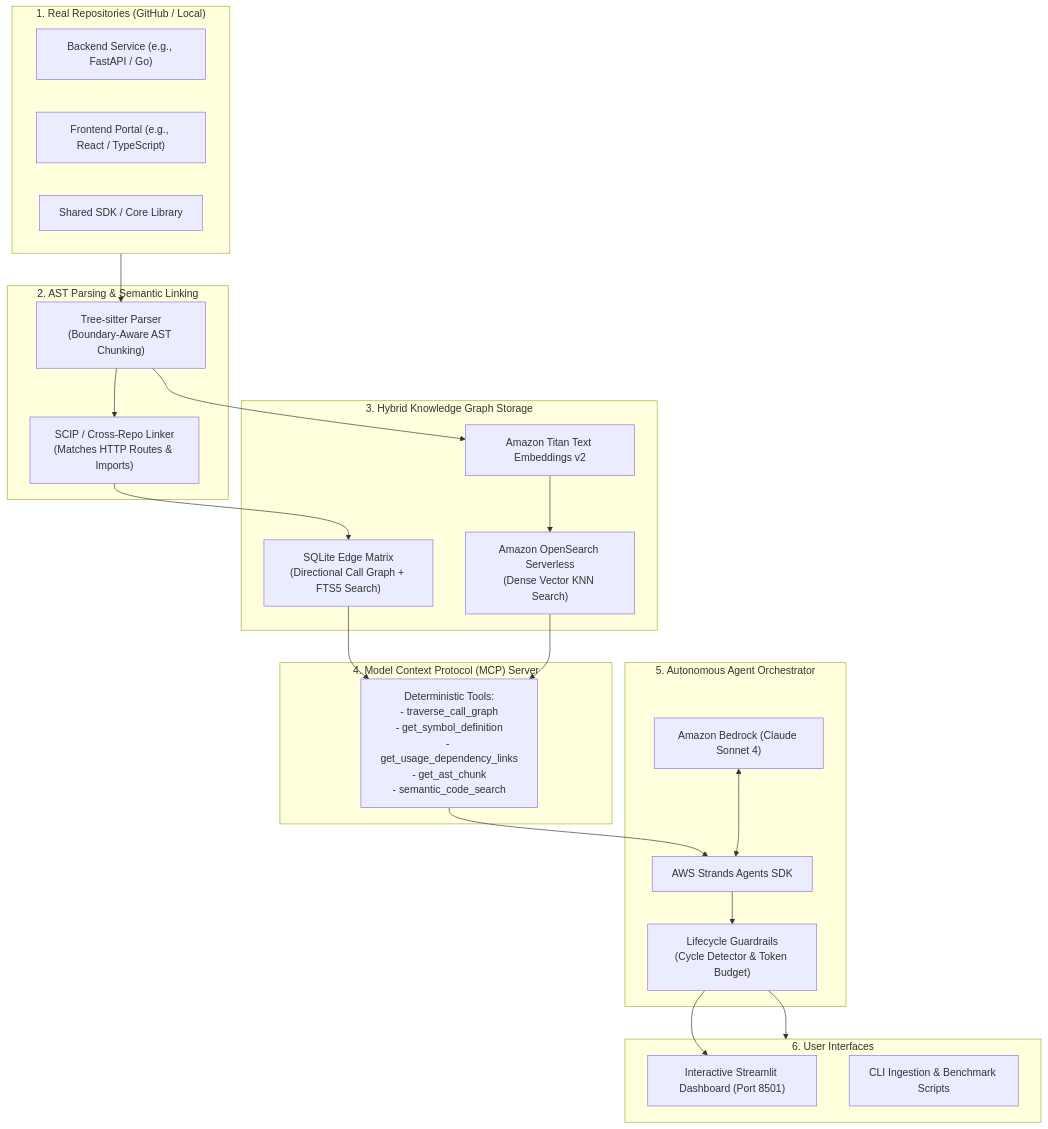
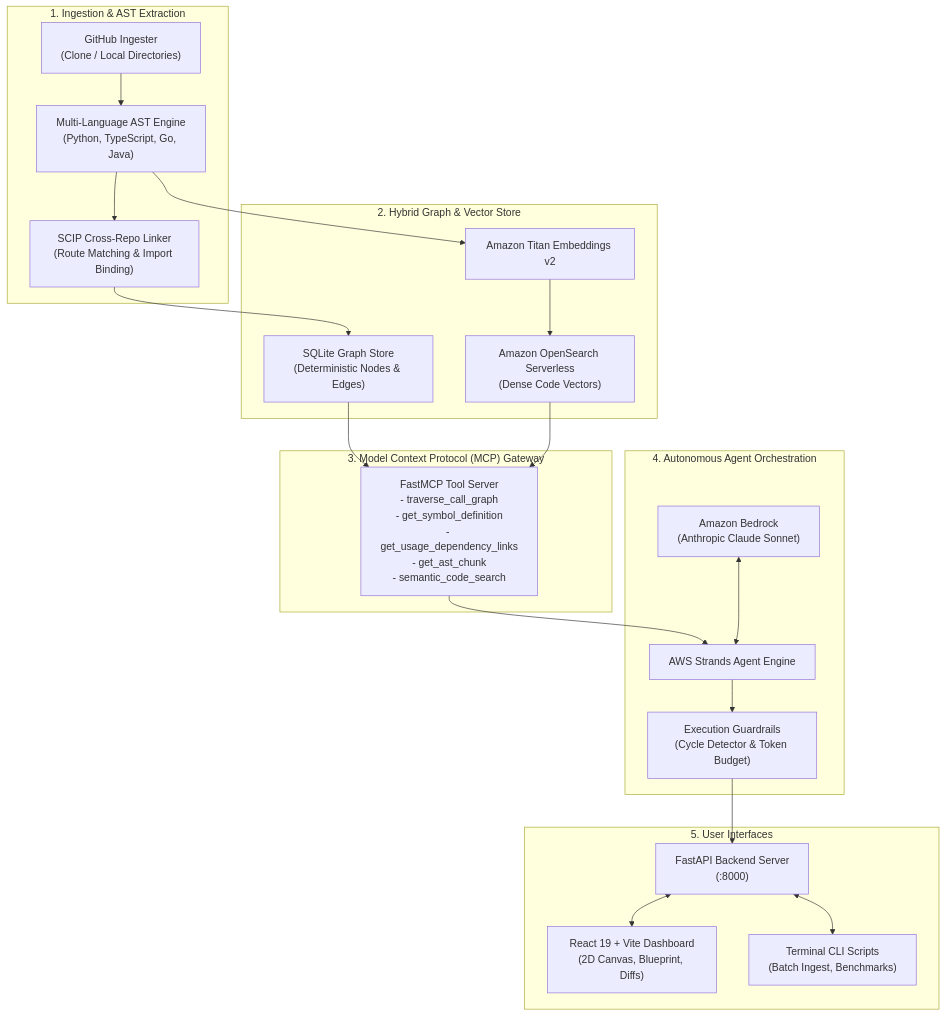
The diagram in README.md (CrossContext/CrossContext), drawn with Mermaid before and after one commit. The commit also changed other lines of this file, not shown here.

Commit message:
docs: overhaul README with architecture diagrams, feature matrix, and technical specifications

````diff
--- a/README.md
+++ b/README.md
@@ -170,42 +85,40 @@
 ```mermaid
 flowchart TB
-    subgraph Repos["1. Real Repositories (GitHub / Local)"]
-        RepoA["Backend Service (e.g., FastAPI / Go)"]
-        RepoB["Frontend Portal (e.g., React / TypeScript)"]
-        RepoC["Shared SDK / Core Library"]
+    subgraph IngestionLayer["1. Ingestion & AST Extraction"]
+        GH["GitHub Ingester\n(Clone / Local Directories)"]
+        Parser["Multi-Language AST Engine\n(Python, TypeScript, Go, Java)"]
+        SCIP["SCIP Cross-Repo Linker\n(Route Matching & Import Binding)"]
+        GH --> Parser --> SCIP
     end
 
-    subgraph ParsingEngine["2. AST Parsing & Semantic Linking"]
-        TS["Tree-sitter Parser\n(Boundary-Aware AST Chunking)"]
-        Linker["SCIP / Cross-Repo Linker\n(Matches HTTP Routes & Imports)"]
+    subgraph StorageLayer["2. Hybrid Graph & Vector Store"]
+        SQLite["SQLite Graph Store\n(Deterministic Nodes & Edges)"]
+        AOSS["Amazon OpenSearch Serverless\n(Dense Code Vectors)"]
+        Titan["Amazon Titan Embeddings v2"]
+        SCIP --> SQLite
+        Parser --> Titan --> AOSS
     end
 
-    subgraph StorageLayer["3. Hybrid Knowledge Graph Storage"]
-        SQLite["SQLite Edge Matrix\n(Directional Call Graph + FTS5 Search)"]
-        AOSS["Amazon OpenSearch Serverless\n(Dense Vector KNN Search)"]
-        Titan["Amazon Titan Text Embeddings v2"]
+    subgraph MCPGateway["3. Model Context Protocol (MCP) Gateway"]
+        MCP["FastMCP Tool Server\n- traverse_call_graph\n- get_symbol_definition\n- get_usage_dependency_links\n- get_ast_chunk\n- semantic_code_search"]
+        SQLite & AOSS --> MCP
     end
 
-    subgraph MCPGatekeeper["4. Model Context Protocol (MCP) Server"]
-        Tools["Deterministic Tools:\n- traverse_call_graph\n- get_symbol_definition\n- get_usage_dependency_links\n- get_ast_chunk\n- semantic_code_search"]
+    subgraph OrchestratorLayer["4. Autonomous Agent Orchestration"]
+        Strands["AWS Strands Agent Engine"]
+        Bedrock["Amazon Bedrock\n(Anthropic Claude Sonnet)"]
+        Guardrails["Execution Guardrails\n(Cycle Detector & Token Budget)"]
+        MCP --> Strands
+        Bedrock <--> Strands
+        Strands --> Guardrails
     end
 
-    subgraph AgentCore["5. Autonomous Agent Orchestrator"]
-        Strands["AWS Strands Agents SDK"]
-        Bedrock["Amazon Bedrock (Claude Sonnet 4)"]
-        Guardrails["Lifecycle Guardrails\n(Cycle Detector & Token Budget)"]
+    subgraph InterfaceLayer["5. User Interfaces"]
+        API["FastAPI Backend Server\n(:8000)"]
+        ReactUI["React 19 + Vite Dashboard\n(2D Canvas, Blueprint, Diffs)"]
+        CLI["Terminal CLI Scripts\n(Batch Ingest, Benchmarks)"]
+        Guardrails --> API
+        API <--> ReactUI
+        API <--> CLI
     end
-
-    subgraph Interfaces["6. User Interfaces"]
-        UI["Interactive Streamlit Dashboard (Port 8501)"]
-        CLI["CLI Ingestion & Benchmark Scripts"]
-    end
-
-    Repos --> TS --> Linker
-    Linker --> SQLite
-    TS --> Titan --> AOSS
-    SQLite & AOSS --> Tools
-    Tools --> Strands
-    Bedrock <--> Strands
-    Strands --> Guardrails --> UI & Interfaces
 ```
````
